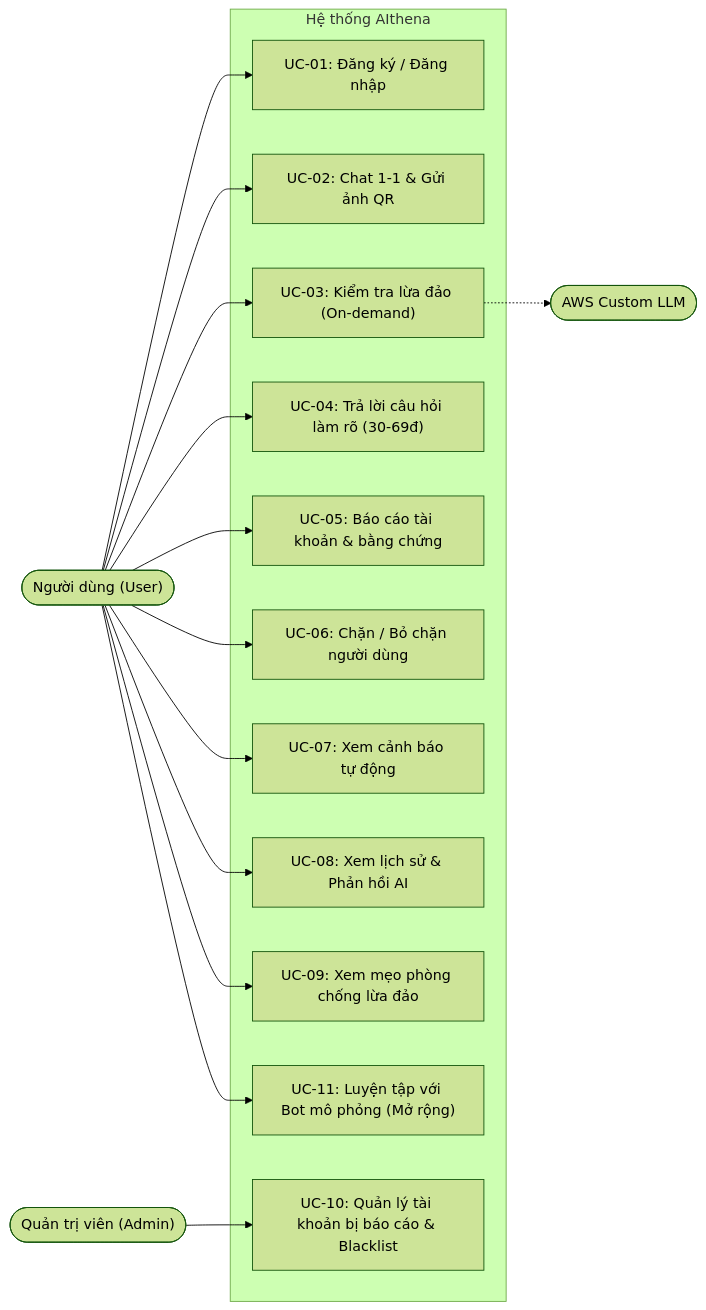
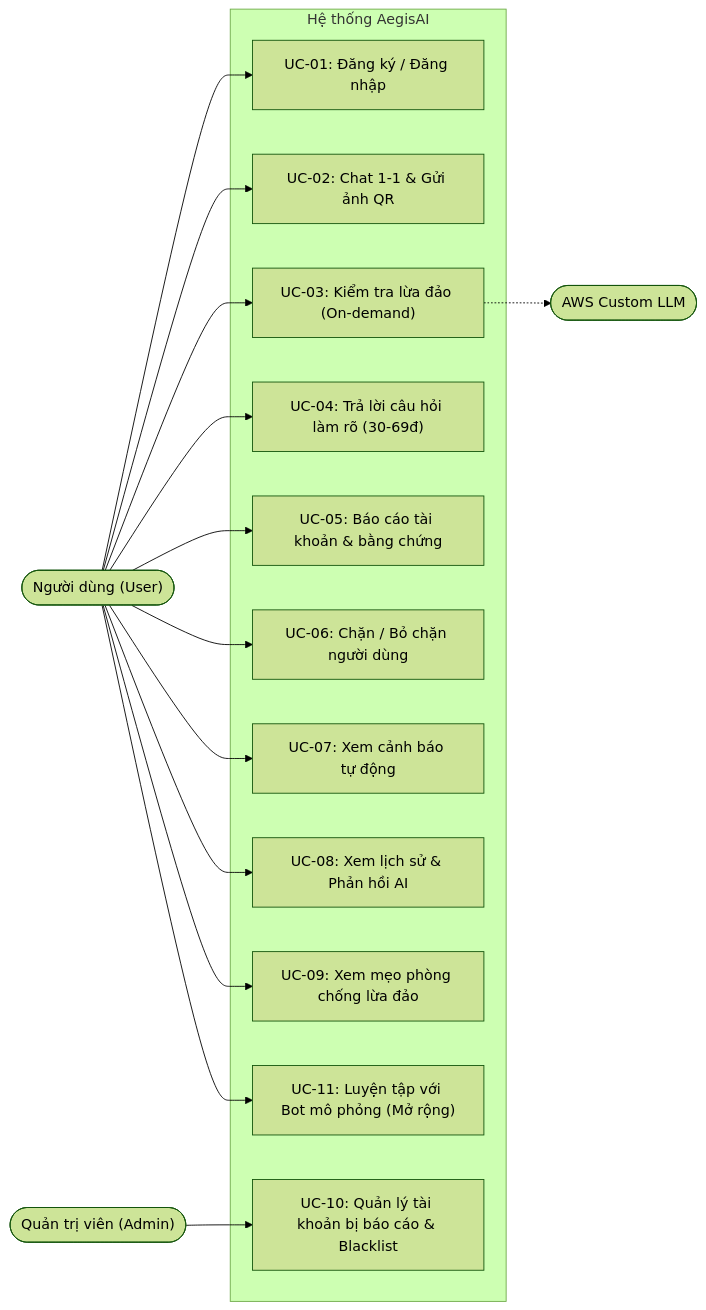
One commit to USThienPhu/ViAnTam changed the diagram in use_case.md. Above: the diagram before and after it, drawn with Mermaid (forest theme). The commit also changed other lines of this file and 16 other files, not shown here.

````diff
--- a/use_case.md
+++ b/use_case.md
@@ -15,34 +15,34 @@
 ```mermaid
 flowchart LR
     User(["Người dùng (User)"])
     Admin(["Quản trị viên (Admin)"])
     AI(["AWS Custom LLM"])
 
-    subgraph ScamGuard["Hệ thống AIthena"]
+    subgraph AegisAI["Hệ thống AegisAI"]
         UC01["UC-01: Đăng ký / Đăng nhập"]
         UC02["UC-02: Chat 1-1 & Gửi ảnh QR"]
         UC03["UC-03: Kiểm tra lừa đảo (On-demand)"]
         UC04["UC-04: Trả lời câu hỏi làm rõ (30-69đ)"]
         UC05["UC-05: Báo cáo tài khoản & bằng chứng"]
         UC06["UC-06: Chặn / Bỏ chặn người dùng"]
         UC07["UC-07: Xem cảnh báo tự động"]
         UC08["UC-08: Xem lịch sử & Phản hồi AI"]
         UC09["UC-09: Xem mẹo phòng chống lừa đảo"]
         UC10["UC-10: Quản lý tài khoản bị báo cáo & Blacklist"]
         UC11["UC-11: Luyện tập với Bot mô phỏng (Mở rộng)"]
     end
 
     User --> UC01
     User --> UC02
     User --> UC03
     User --> UC04
     User --> UC05
     User --> UC06
     User --> UC07
     User --> UC08
     User --> UC09
     User --> UC11
 
     UC03 -.-> AI
     Admin --> UC10
 ```
````
